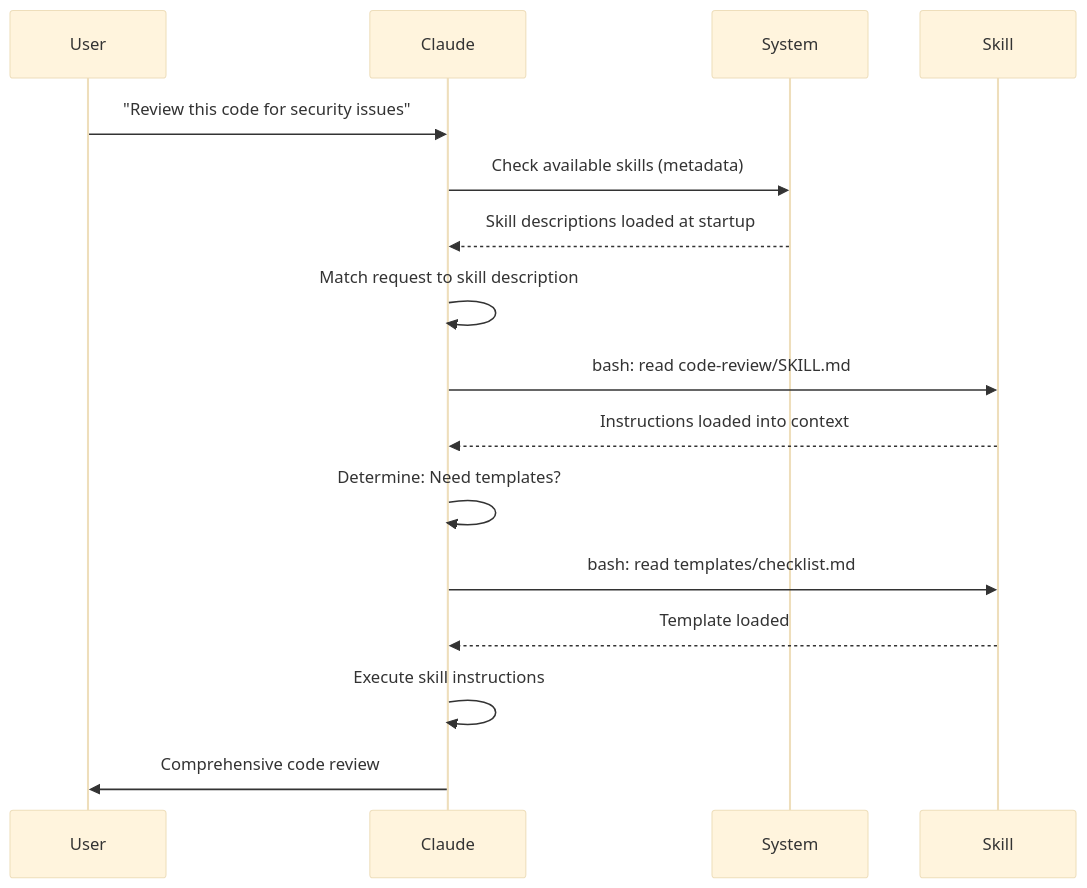
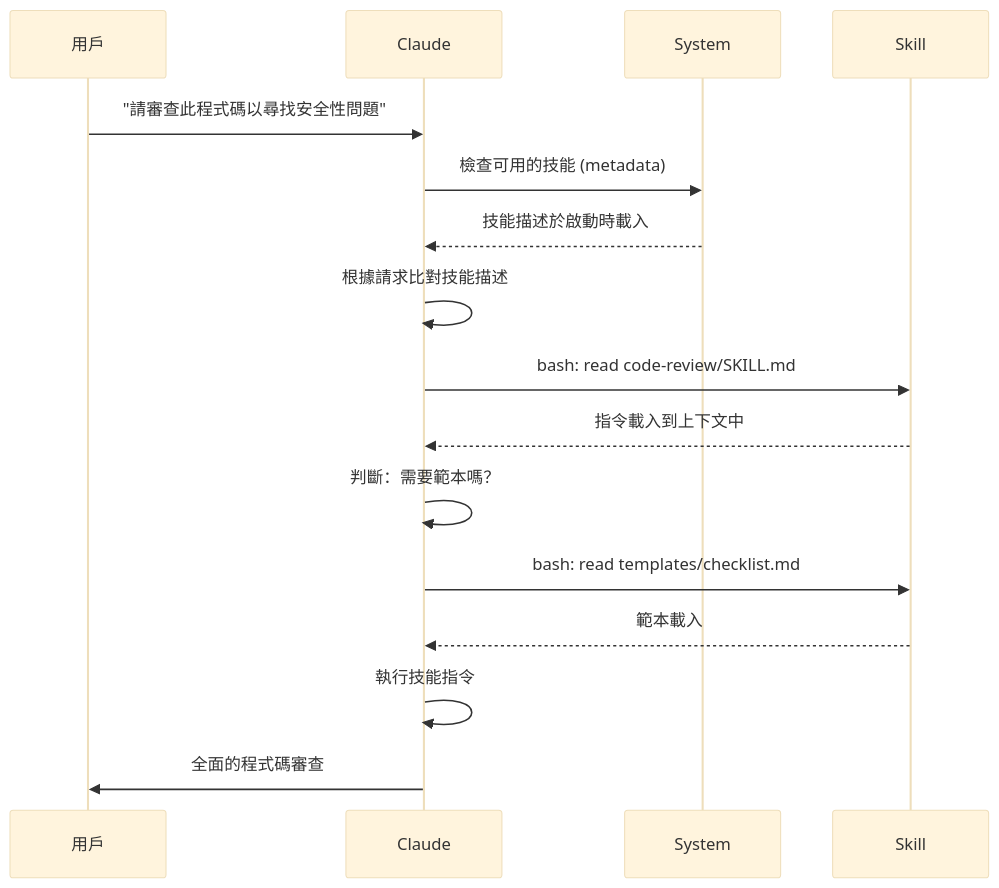
The second of 2 diagrams in 03-skills/README.md (huckly/claude-howto-zh-tw), drawn with Mermaid (base theme) before and after one commit. The commit also changed other lines of this file, not shown here.

Commit message:
🛠️ 03-skills：Skills 技能 — 同步上游更新並翻譯

````diff
--- a/03-skills/README.md
+++ b/03-skills/README.md
@@ -70,19 +61,19 @@
 ```mermaid
 sequenceDiagram
-    participant User
+    participant 用戶
     participant Claude as Claude
-    participant System as System
-    participant Skill as Skill
+    participant 系統 as System
+    participant 技能 as Skill
 
-    User->>Claude: "Review this code for security issues"
-    Claude->>System: Check available skills (metadata)
-    System-->>Claude: Skill descriptions loaded at startup
-    Claude->>Claude: Match request to skill description
-    Claude->>Skill: bash: read code-review/SKILL.md
-    Skill-->>Claude: Instructions loaded into context
-    Claude->>Claude: Determine: Need templates?
-    Claude->>Skill: bash: read templates/checklist.md
-    Skill-->>Claude: Template loaded
-    Claude->>Claude: Execute skill instructions
-    Claude->>User: Comprehensive code review
+    用戶->>Claude: "請審查此程式碼以尋找安全性問題"
+    Claude->>系統: 檢查可用的技能 (metadata)
+    系統-->>Claude: 技能描述於啟動時載入
+    Claude->>Claude: 根據請求比對技能描述
+    Claude->>技能: bash: read code-review/SKILL.md
+    技能-->>Claude: 指令載入到上下文中
+    Claude->>Claude: 判斷：需要範本嗎？
+    Claude->>技能: bash: read templates/checklist.md
+    技能-->>Claude: 範本載入
+    Claude->>Claude: 執行技能指令
+    Claude->>用戶: 全面的程式碼審查
 ```
````
